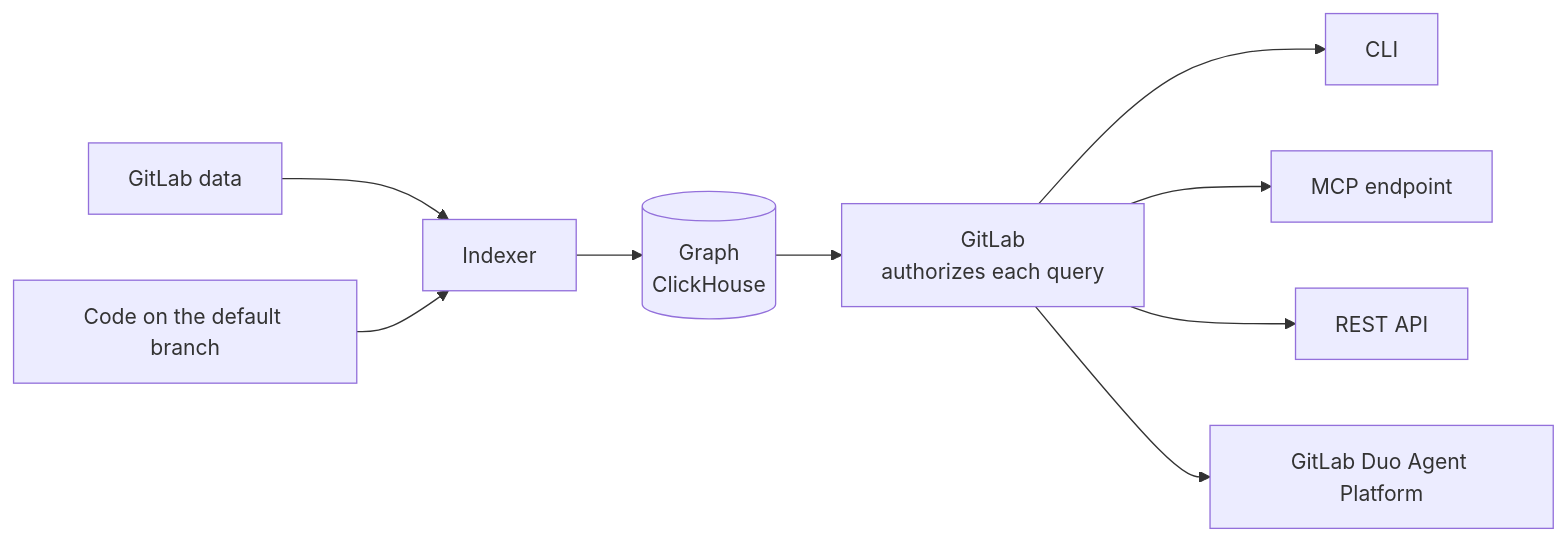
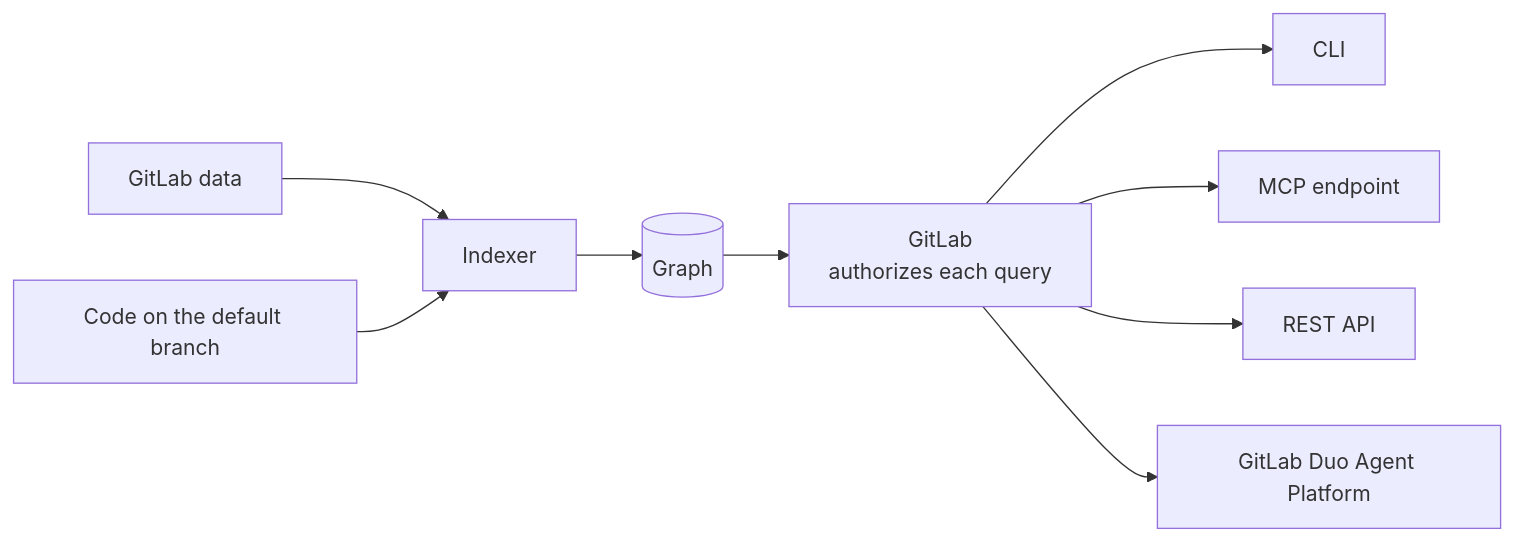
The diagram in docs/source/v2/how-it-works.md (gitlabhq/orbit-knowledge-graph), drawn with Mermaid before and after one commit. The commit also changed other lines of this file and 6 other files, not shown here.

````diff
--- a/docs/source/v2/how-it-works.md
+++ b/docs/source/v2/how-it-works.md
@@ -29,13 +29,13 @@
 ```mermaid
 flowchart LR
   accTitle: How GitLab Orbit builds and serves the graph
-  accDescr: The indexer reads GitLab data and the code on the default branch of each project, and writes the graph to ClickHouse. GitLab authorizes each query and serves the graph to the CLI, the MCP endpoint, the REST API, and GitLab Duo Agent Platform.
+  accDescr: The indexer reads GitLab data and the code on the default branch of each project, and writes the graph to the graph database. GitLab authorizes each query and serves the graph to the CLI, the MCP endpoint, the REST API, and GitLab Duo Agent Platform.
   data[GitLab data] --> indexer[Indexer]
   code[Code on the default branch] --> indexer
-  indexer --> store[(Graph<br/>ClickHouse)]
+  indexer --> store[(Graph)]
   store --> gitlab[GitLab<br/>authorizes each query]
   gitlab --> cli[CLI]
   gitlab --> mcp[MCP endpoint]
   gitlab --> api[REST API]
   gitlab --> duo[GitLab Duo Agent Platform]
 ```
````
